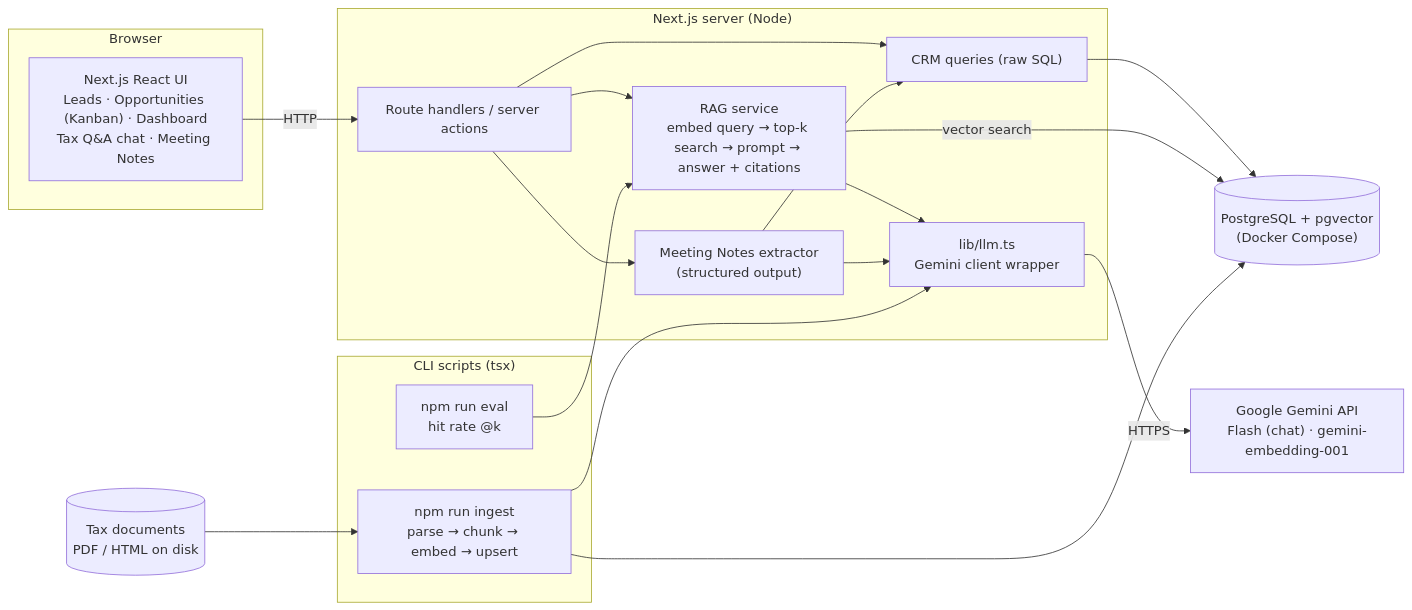
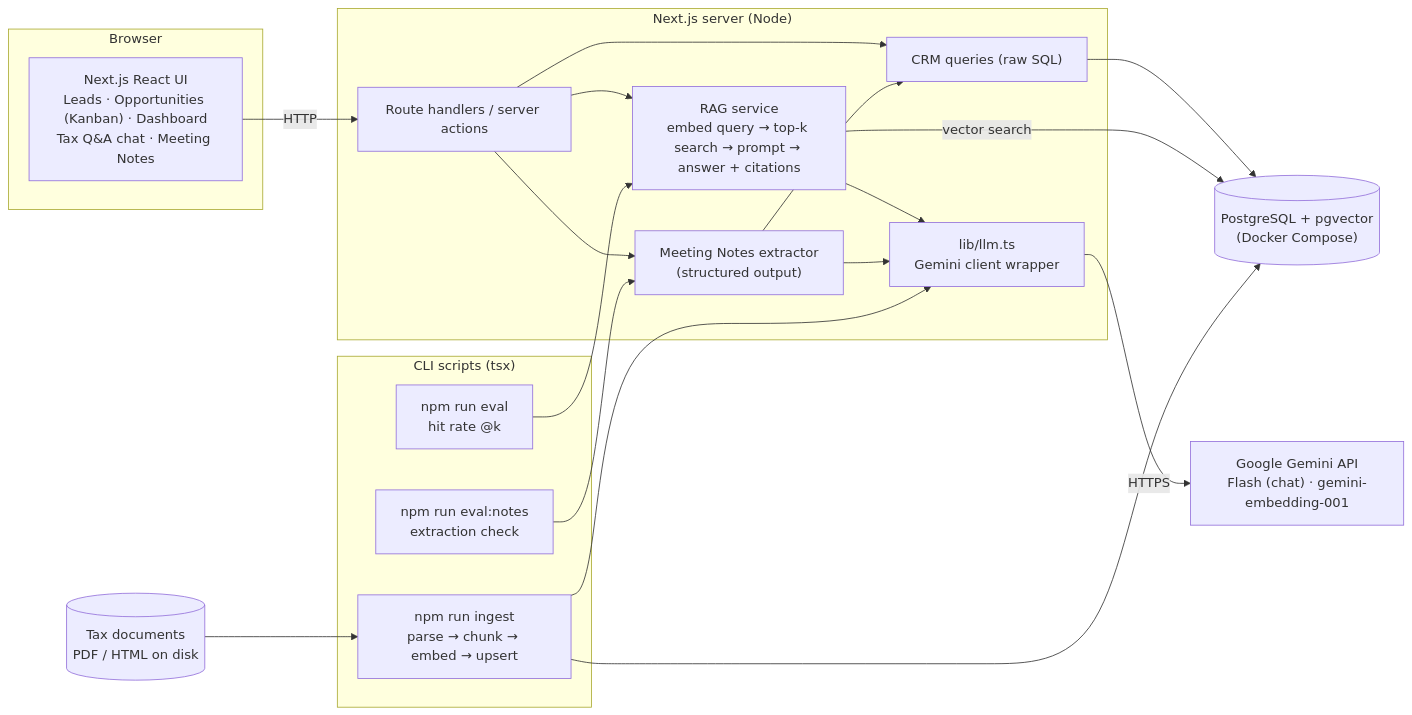
Before and after one commit to hanswys/taxpod-crm-ai: the first of 5 diagrams in ARCHITECTURE.md, drawn with Mermaid. The commit also changed other lines of this file and 30 other files, not shown here.

````diff
--- a/ARCHITECTURE.md
+++ b/ARCHITECTURE.md
@@ -16,37 +16,39 @@
 ```mermaid
 flowchart LR
   subgraph Browser
     UI["Next.js React UI<br/>Leads · Opportunities (Kanban) · Dashboard<br/>Tax Q&A chat · Meeting Notes"]
   end
 
   subgraph Server["Next.js server (Node)"]
     API["Route handlers / server actions"]
     CRM["CRM queries (raw SQL)"]
     RAG["RAG service<br/>embed query → top-k search → prompt → answer + citations"]
     NOTES["Meeting Notes extractor<br/>(structured output)"]
     LLM["lib/llm.ts<br/>Gemini client wrapper"]
   end
 
   subgraph Scripts["CLI scripts (tsx)"]
     INGEST["npm run ingest<br/>parse → chunk → embed → upsert"]
     EVAL["npm run eval<br/>hit rate @k"]
+    EVALN["npm run eval:notes<br/>extraction check"]
   end
 
   PDFS[("Tax documents<br/>PDF / HTML on disk")]
   DB[("PostgreSQL + pgvector<br/>(Docker Compose)")]
   GEMINI["Google Gemini API<br/>Flash (chat) · gemini-embedding-001"]
 
   UI -- HTTP --> API
   API --> CRM --> DB
   API --> RAG
   API --> NOTES
   RAG -- vector search --> DB
   RAG --> LLM
   NOTES --> LLM
   NOTES --> CRM
   LLM -- HTTPS --> GEMINI
   PDFS --> INGEST
   INGEST --> LLM
   INGEST --> DB
   EVAL --> RAG
+  EVALN --> NOTES
 ```
````
